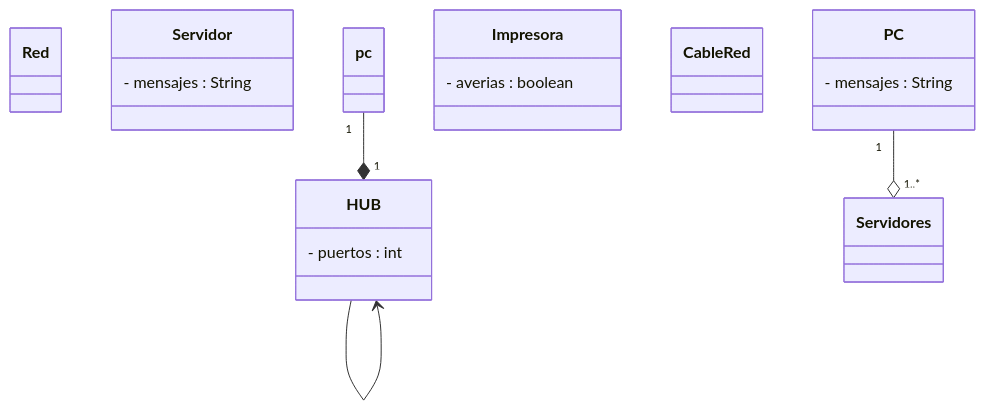
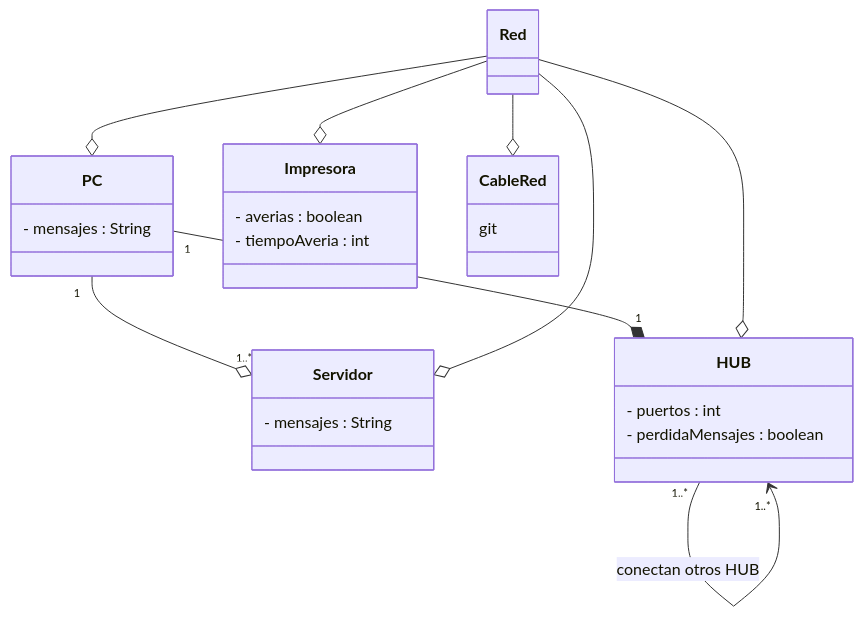
One commit to jesanny/Ejercicios_Contornos_Tema3 changed the diagram in redesOrdenadores.mmd. Above: the diagram before and after it, drawn with Mermaid. The commit also changed 1 other file, not shown here.

```diff
--- a/redesOrdenadores.mmd
+++ b/redesOrdenadores.mmd
@@ -1,35 +1,39 @@
 classDiagram
 
 class Red {
     
 } 
 
 class Servidor {
 - mensajes : String
 
 }
 
 class PC {
 - mensajes : String
 }
 
 class Impresora{
-
+ - averias : boolean
+ - tiempoAveria : int
 }
 
 class HUB {
  - puertos : int
+ - perdidaMensajes : boolean
 }
 
 class CableRed {
-
+git
 }
 
-class Impresora {
-    - averias : boolean
 
-}
 
-pc "1"--* "1"HUB
-PC "1"--o "1..*" Servidores
-HUB --> HUB
+PC "1"--* "1"HUB
+PC "1"--o "1..*" Servidor
+HUB "1..*" -->"1..*" HUB : conectan otros HUB
+Red --o Servidor
+Red --o PC
+Red --o Impresora
+Red --o HUB
+Red --o CableRed
```
